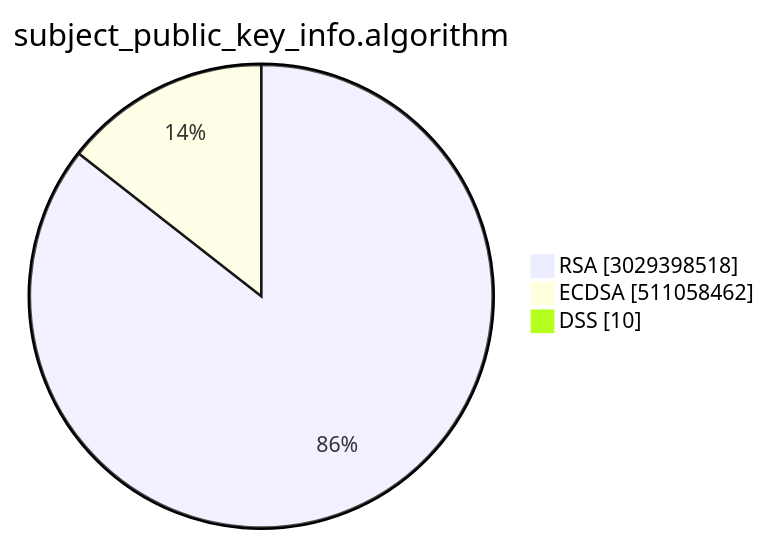
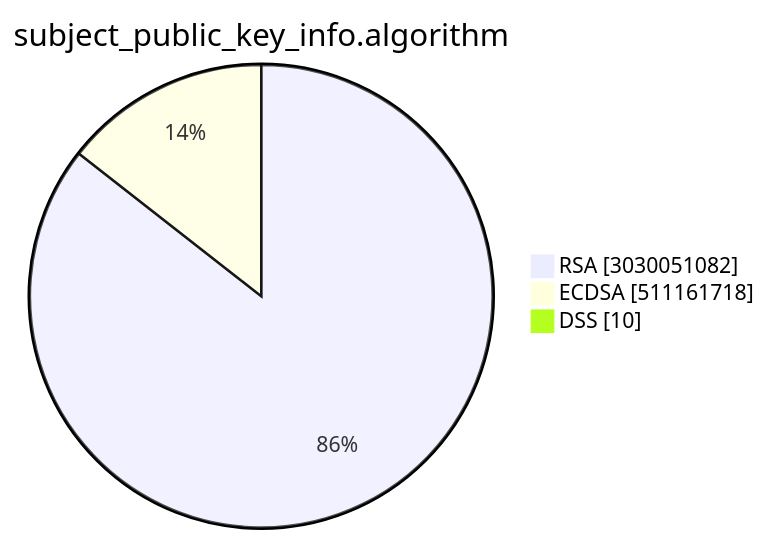
Before and after one commit to christiankrug/ctmonitor_visualization: the second of 15 diagrams in TOTAL/README.md, drawn with Mermaid. The commit also changed other lines of this file, not shown here.

````diff
--- a/TOTAL/README.md
+++ b/TOTAL/README.md
@@ -6,7 +6,7 @@
 ```mermaid
 pie showData
 title subject_public_key_info.algorithm
-"RSA" :3029398518
-"ECDSA" :511058462
+"RSA" :3030051082
+"ECDSA" :511161718
 "DSS" :10
 ```
````
